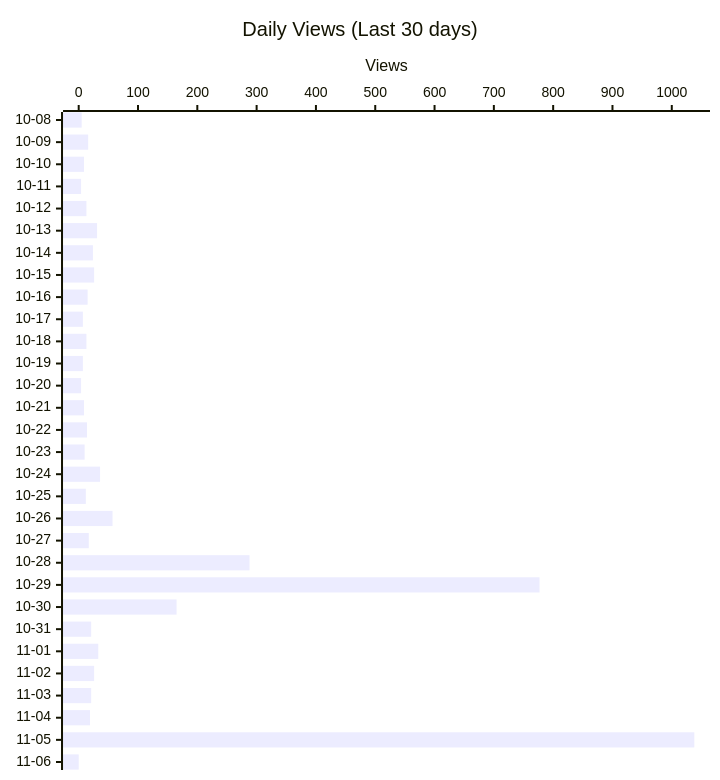
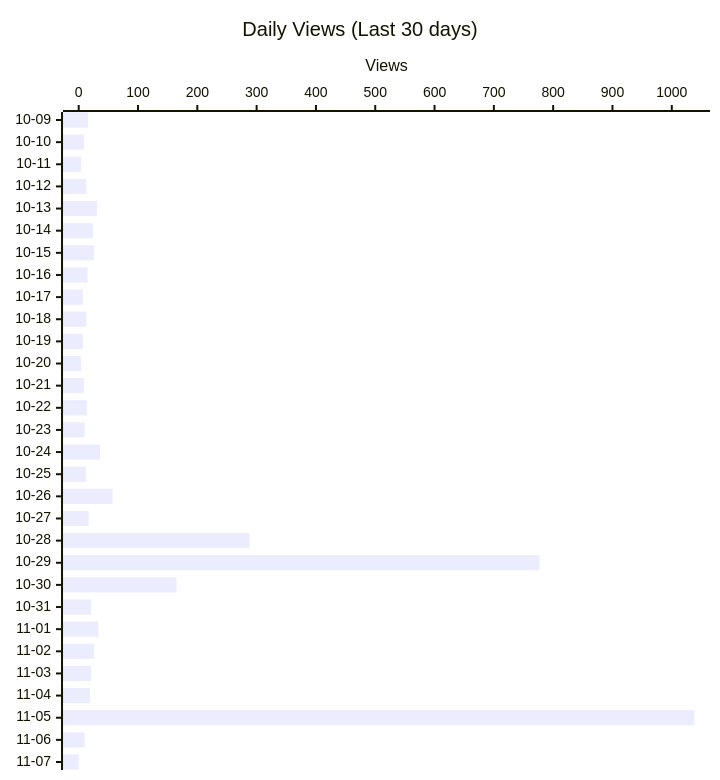
One commit to shigechika/github-insights changed the second of 4 diagrams in README.md. Above: the diagram before and after it, drawn with Mermaid. The commit also changed other lines of this file and 1 other file, not shown here.

````diff
--- a/README.md
+++ b/README.md
@@ -28,12 +28,12 @@
 ```mermaid
 ---
 config:
   xyChart:
     height: 760
 ---
 xychart-beta horizontal
     title "Daily Views (Last 30 days)"
-    x-axis ["10-08", "10-09", "10-10", "10-11", "10-12", "10-13", "10-14", "10-15", "10-16", "10-17", "10-18", "10-19", "10-20", "10-21", "10-22", "10-23", "10-24", "10-25", "10-26", "10-27", "10-28", "10-29", "10-30", "10-31", "11-01", "11-02", "11-03", "11-04", "11-05", "11-06"]
+    x-axis ["10-09", "10-10", "10-11", "10-12", "10-13", "10-14", "10-15", "10-16", "10-17", "10-18", "10-19", "10-20", "10-21", "10-22", "10-23", "10-24", "10-25", "10-26", "10-27", "10-28", "10-29", "10-30", "10-31", "11-01", "11-02", "11-03", "11-04", "11-05", "11-06", "11-07"]
     y-axis "Views"
-    bar [5, 16, 9, 4, 13, 31, 24, 26, 15, 7, 13, 7, 4, 9, 14, 10, 36, 12, 57, 17, 288, 777, 165, 21, 33, 26, 21, 19, 1038, 0]
+    bar [16, 9, 4, 13, 31, 24, 26, 15, 7, 13, 7, 4, 9, 14, 10, 36, 12, 57, 17, 288, 777, 165, 21, 33, 26, 21, 19, 1038, 10, 0]
 ```
````
